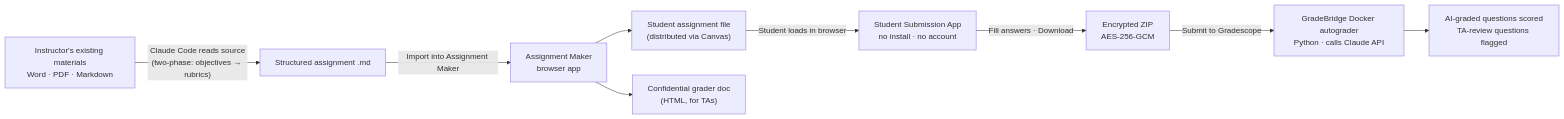
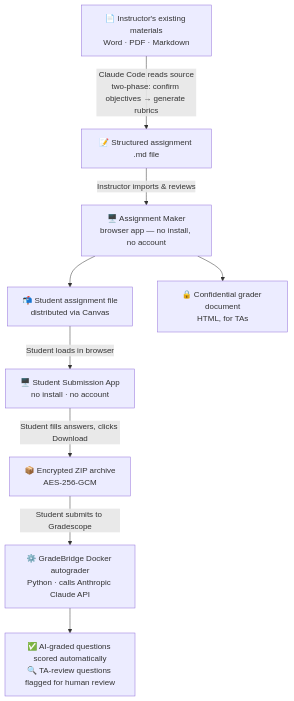
Before and after one commit to VeriQAi/.github: the diagram in profile/README.md, drawn with Mermaid.

Commit message:
Update GradeBridge pipeline diagram: top-down layout, larger nodes

````diff
--- a/profile/README.md
+++ b/profile/README.md
@@ -20,11 +20,12 @@
 ```mermaid
-flowchart LR
-    A["Instructor's existing materials\nWord · PDF · Markdown"] -->|"Claude Code reads source\n(two-phase: objectives → rubrics)"| B["Structured assignment .md"]
-    B -->|"Import into Assignment Maker"| C["Assignment Maker\nbrowser app"]
-    C --> D["Student assignment file\n(distributed via Canvas)"]
-    C --> E["Confidential grader doc\n(HTML, for TAs)"]
-    D -->|"Student loads in browser"| F["Student Submission App\nno install · no account"]
-    F -->|"Fill answers · Download"| G["Encrypted ZIP\nAES-256-GCM"]
-    G -->|"Submit to Gradescope"| H["GradeBridge Docker autograder\nPython · calls Claude API"]
-    H --> I["AI-graded questions scored\nTA-review questions flagged"]
+flowchart TD
+    A["📄 Instructor's existing materials\nWord · PDF · Markdown"]
+    A -->|"Claude Code reads source\ntwo-phase: confirm objectives → generate rubrics"| B["📝 Structured assignment .md file"]
+    B -->|"Instructor imports & reviews"| C["🖥️ Assignment Maker\nbrowser app — no install, no account"]
+    C --> D["📬 Student assignment file\ndistributed via Canvas"]
+    C --> E["🔒 Confidential grader document\nHTML, for TAs"]
+    D -->|"Student loads in browser"| F["🖥️ Student Submission App\nno install · no account"]
+    F -->|"Student fills answers, clicks Download"| G["📦 Encrypted ZIP archive\nAES-256-GCM"]
+    G -->|"Student submits to Gradescope"| H["⚙️ GradeBridge Docker autograder\nPython · calls Anthropic Claude API"]
+    H --> I["✅ AI-graded questions scored automatically\n🔍 TA-review questions flagged for human review"]
 ```
````
